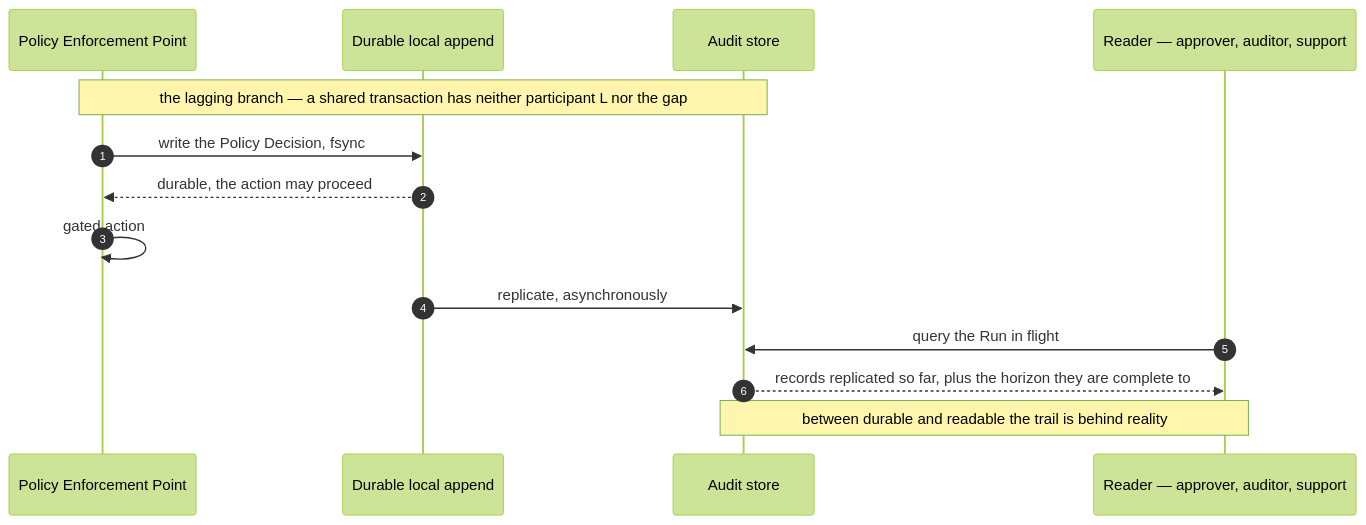
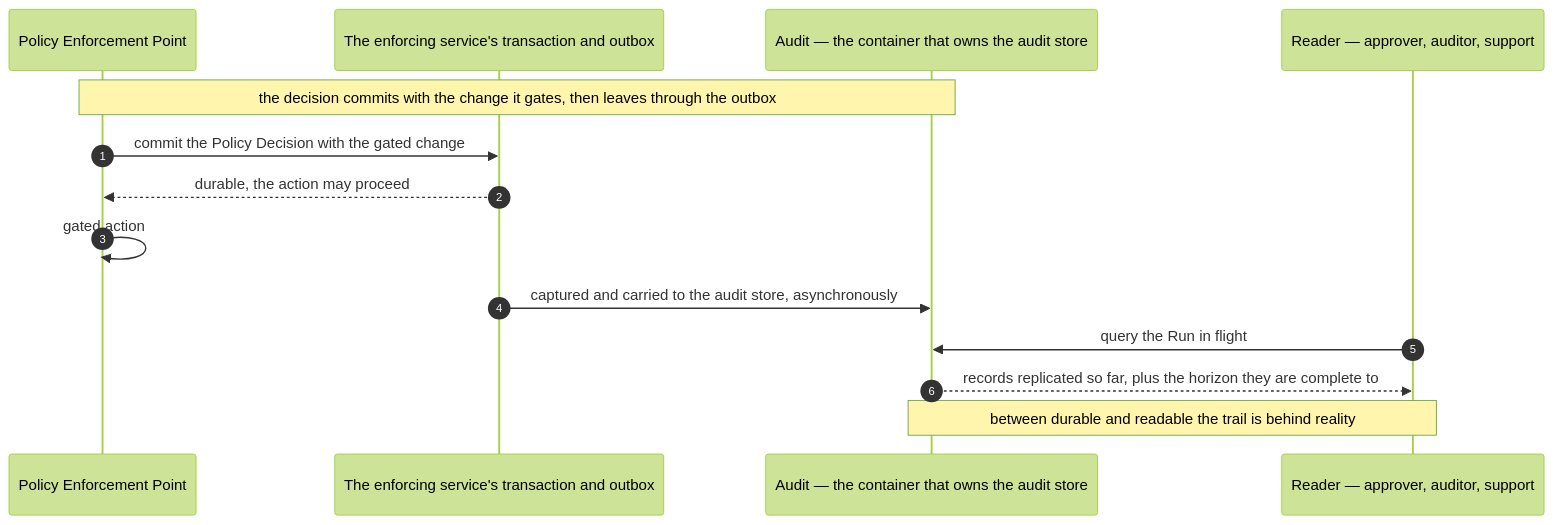
Before and after one commit to ayesigapaul/orchestra: the second of 2 diagrams in docs/60-operations/observability.md, drawn with Mermaid (forest theme). The commit also changed other lines of this file and 71 other files, not shown here.

````diff
--- a/docs/60-operations/observability.md
+++ b/docs/60-operations/observability.md
@@ -198,16 +201,16 @@
 ```mermaid
 sequenceDiagram
   autonumber
   participant P as Policy Enforcement Point
-  participant L as Durable local append
-  participant S as Audit store
+  participant L as The enforcing service's transaction and outbox
+  participant S as Audit — the container that owns the audit store
   participant R as Reader — approver, auditor, support
-  Note over P,S: the lagging branch — a shared transaction has neither participant L nor the gap
-  P->>L: write the Policy Decision, fsync
+  Note over P,S: the decision commits with the change it gates, then leaves through the outbox
+  P->>L: commit the Policy Decision with the gated change
   L-->>P: durable, the action may proceed
   P->>P: gated action
-  L->>S: replicate, asynchronously
+  L->>S: captured and carried to the audit store, asynchronously
   R->>S: query the Run in flight
   S-->>R: records replicated so far, plus the horizon they are complete to
   Note over R,S: between durable and readable the trail is behind reality
 ```
````
